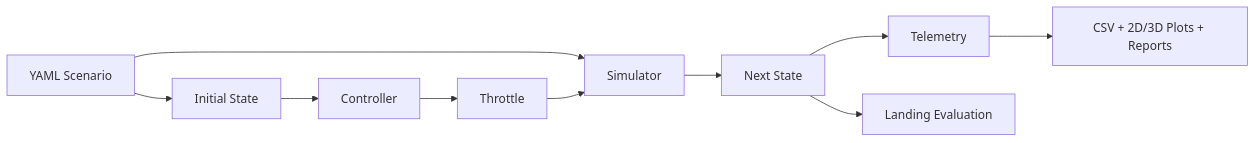
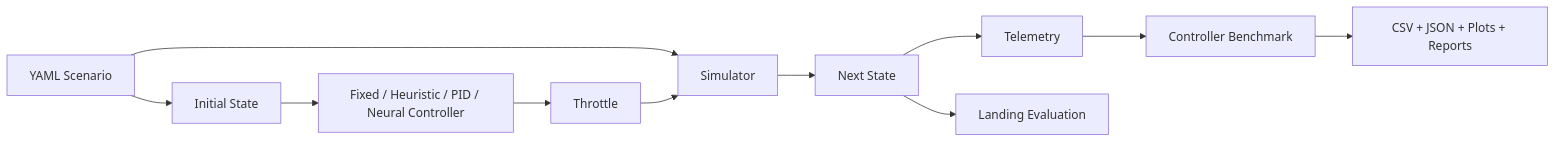
Before and after one commit to gabriel-lab-ia/autonomous-aerospace-simulator: the second of 2 diagrams in README.md, drawn with Mermaid. The commit also changed other lines of this file, not shown here.

````diff
--- a/README.md
+++ b/README.md
@@ -85,12 +130,13 @@
 ```mermaid
 flowchart LR
     CFG[YAML Scenario] --> STATE[Initial State]
     CFG --> SIM[Simulator]
-    STATE --> CTRL[Controller]
+    STATE --> CTRL[Fixed / Heuristic / PID / Neural Controller]
     CTRL --> ACTION[Throttle]
     ACTION --> SIM
     SIM --> NEXT[Next State]
     NEXT --> TELEMETRY[Telemetry]
     NEXT --> EVAL[Landing Evaluation]
-    TELEMETRY --> RESULTS[CSV + 2D/3D Plots + Reports]
+    TELEMETRY --> BENCHMARK[Controller Benchmark]
+    BENCHMARK --> RESULTS[CSV + JSON + Plots + Reports]
 ```
````
